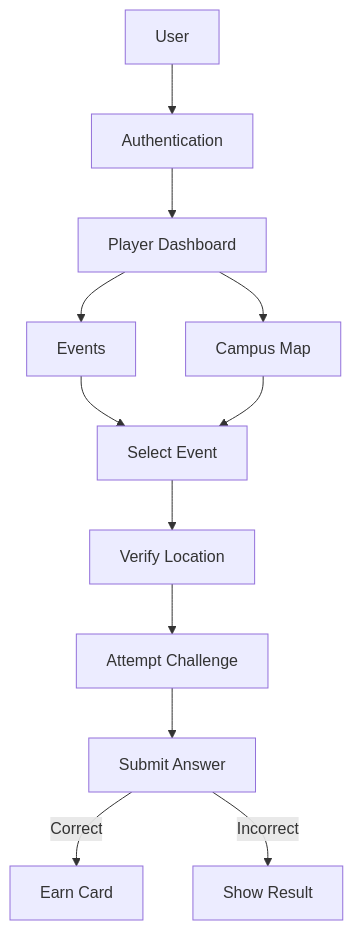
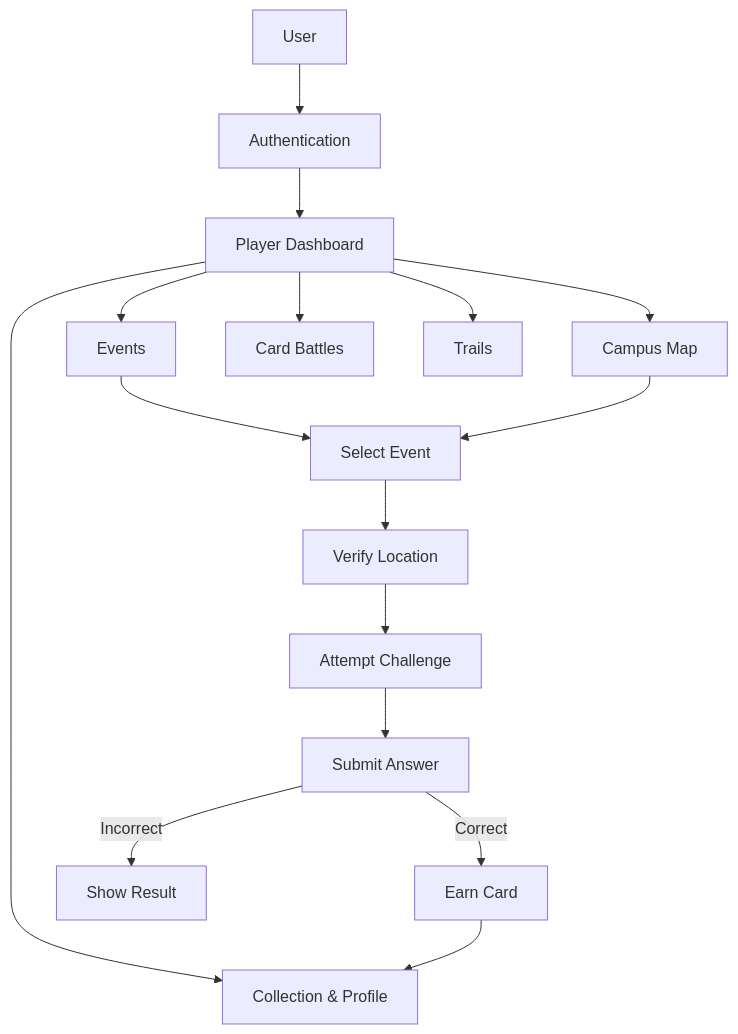
One commit to AnovuyoJ/WitsQuest changed the sixth of 6 diagrams in docs/Design/system-design.md. Above: the diagram before and after it, drawn with Mermaid. The commit also changed other lines of this file and 7 other files, not shown here.

Commit message:
added burndown charts, update databse schema, system design, and handwritten apis

````diff
--- a/docs/Design/system-design.md
+++ b/docs/Design/system-design.md
@@ -863,14 +1026,18 @@
 ```mermaid
 flowchart TD
     A[User] --> B[Authentication]
     B --> C[Player Dashboard]
     C --> D[Events]
     C --> E[Campus Map]
-    D --> F[Select Event]
-    E --> F
-    F --> G[Verify Location]
-    G --> H[Attempt Challenge]
-    H --> I[Submit Answer]
-    I -->|Correct| J[Earn Card]
-    I -->|Incorrect| K[Show Result]
+    C --> F[Card Battles]
+    C --> G[Trails]
+    C --> H[Collection & Profile]
+    D --> I[Select Event]
+    E --> I
+    I --> J[Verify Location]
+    J --> K[Attempt Challenge]
+    K --> L[Submit Answer]
+    L -->|Correct| M[Earn Card]
+    L -->|Incorrect| N[Show Result]
+    M --> H
 ```
````
